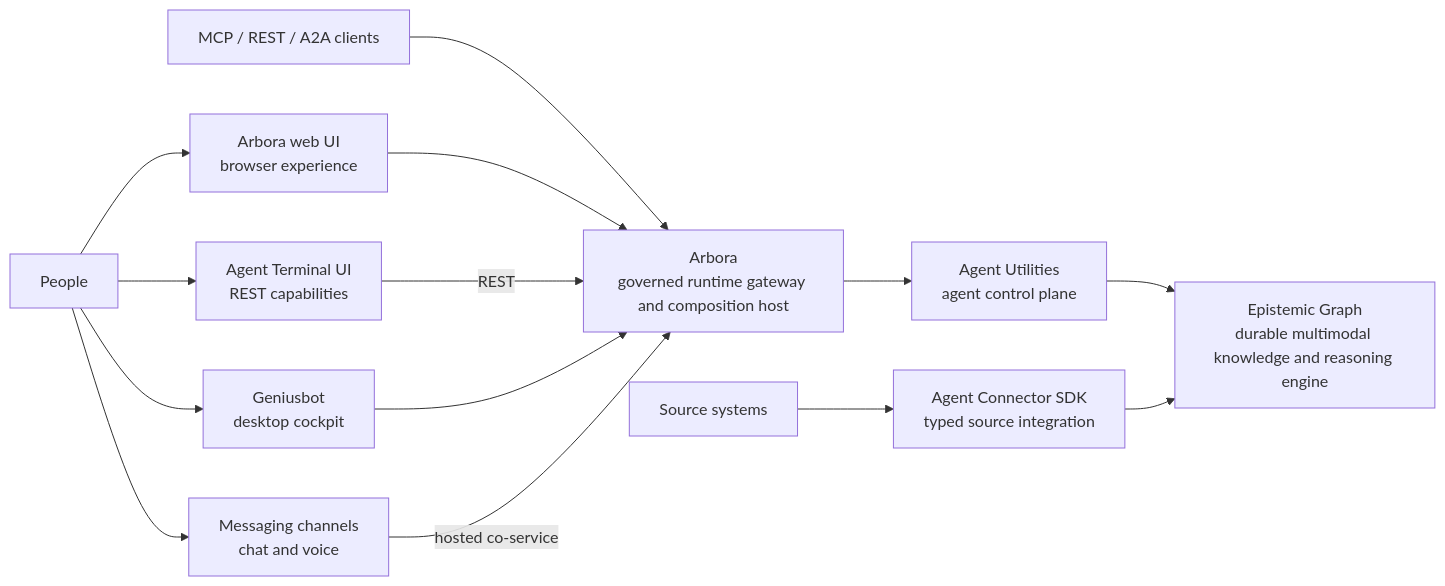
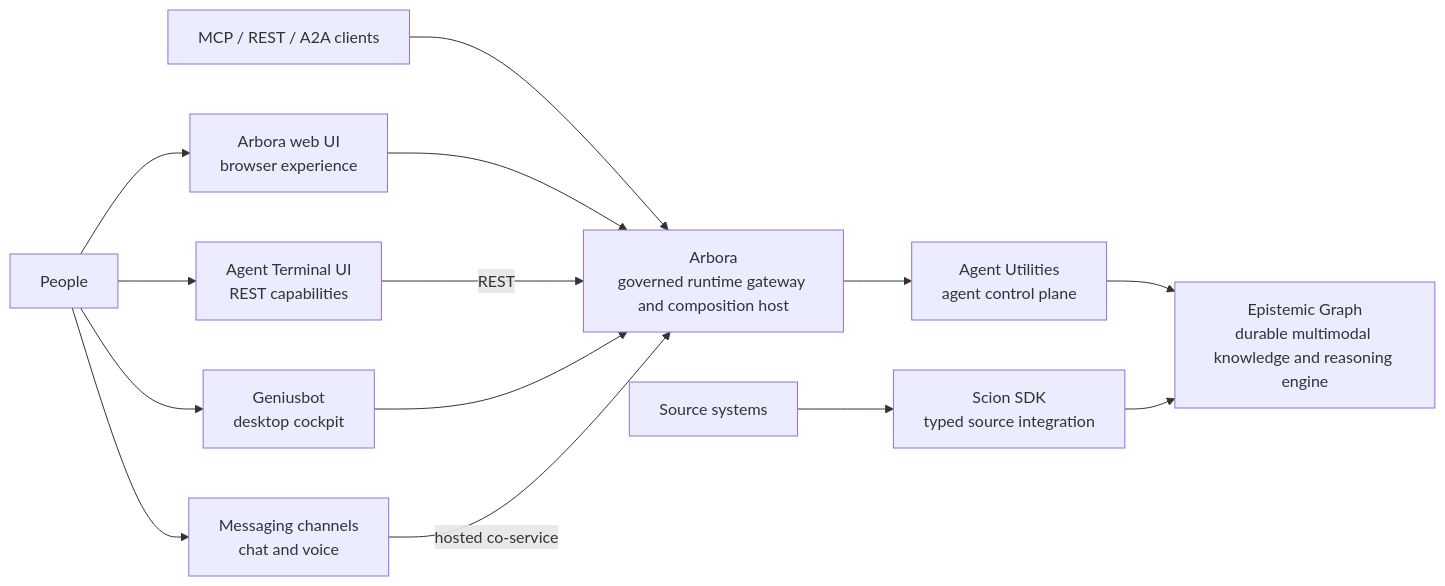
The diagram in .pipeline-theme/templates/mkdocs-theme/assets/runtime-architecture.mmd (Knuckles-Team/craft-suite-api), drawn with Mermaid before and after one commit. The commit also changed 41 other files, not shown here.

First line of the commit message:
chore: migrate to scion-sdk 0.6.0 (scion_sdk import package)

```diff
--- a/.pipeline-theme/templates/mkdocs-theme/assets/runtime-architecture.mmd
+++ b/.pipeline-theme/templates/mkdocs-theme/assets/runtime-architecture.mmd
@@ -1,26 +1,26 @@
 flowchart LR
   People["People"]
   WebUI["Arbora web UI<br/>browser experience"]
   TUI["Agent Terminal UI<br/>REST capabilities"]
   Genius["Geniusbot<br/>desktop cockpit"]
   Messaging["Messaging channels<br/>chat and voice"]
   Clients["MCP / REST / A2A clients"]
   Arbora["Arbora<br/>governed runtime gateway and composition host"]
   AU["Agent Utilities<br/>agent control plane"]
   EG["Epistemic Graph<br/>durable multimodal knowledge and reasoning engine"]
   Sources["Source systems"]
-  SDK["Agent Connector SDK<br/>typed source integration"]
+  SDK["Scion SDK<br/>typed source integration"]
 
   People --> WebUI
   People --> TUI
   People --> Genius
   People --> Messaging
   Clients --> Arbora
   WebUI --> Arbora
   TUI -->|REST| Arbora
   Genius --> Arbora
   Messaging -->|hosted co-service| Arbora
   Arbora --> AU
   AU --> EG
   Sources --> SDK
   SDK --> EG
```
